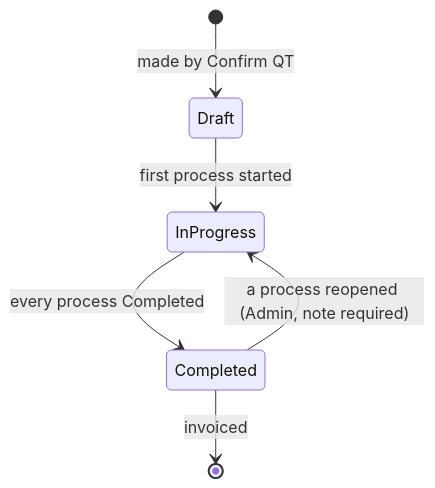
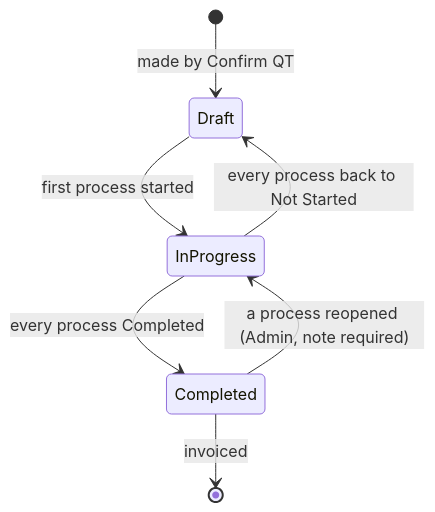
Before and after one commit to Detmon0410/Base_Sample_ERP: the fifth of 9 diagrams in ProjectdocInfo/Flow Chart.md, drawn with Mermaid. The commit also changed other lines of this file and 2 other files, not shown here.

First line of the commit message:
Flow Chart.md made correct (checked against the code); the flow chart page follows

````diff
--- a/ProjectdocInfo/Flow Chart.md
+++ b/ProjectdocInfo/Flow Chart.md
@@ -67,8 +68,9 @@
 ```mermaid
 stateDiagram-v2
     [*] --> Draft: made by Confirm QT
     Draft --> InProgress: first process started
     InProgress --> Completed: every process Completed
+    InProgress --> Draft: every process back to Not Started
     Completed --> InProgress: a process reopened (Admin, note required)
     Completed --> [*]: invoiced
 ```
````
